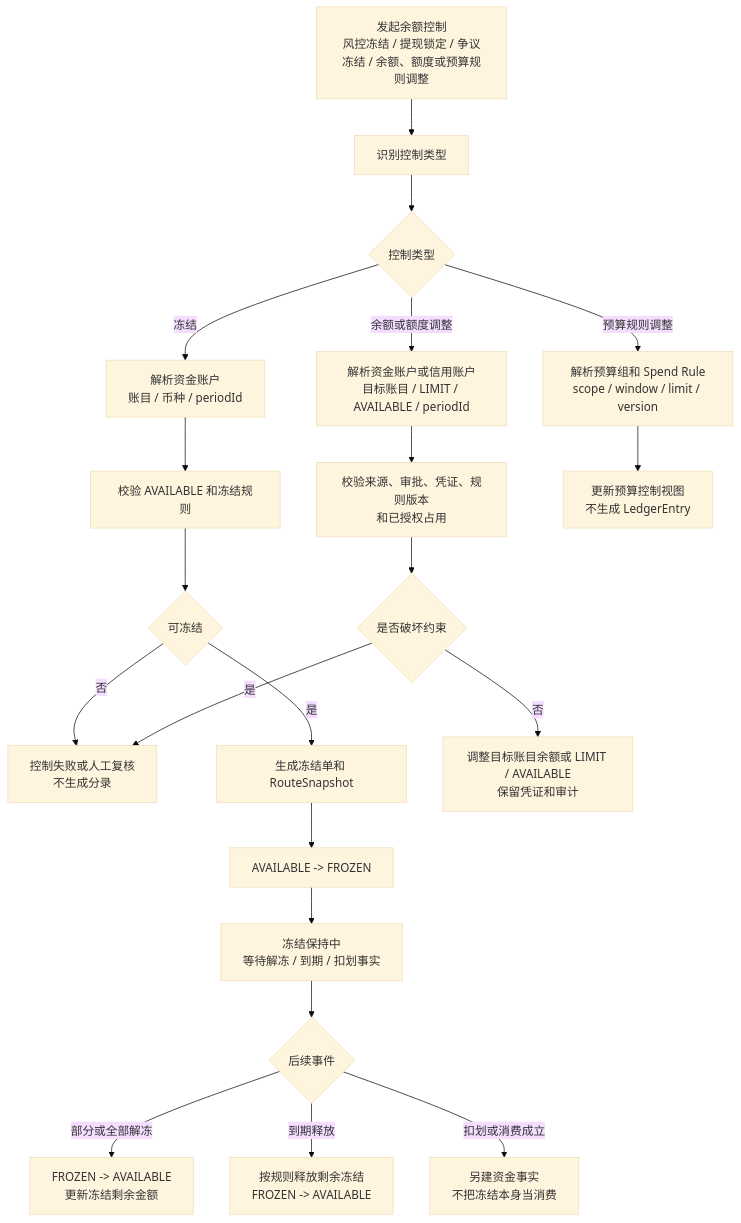
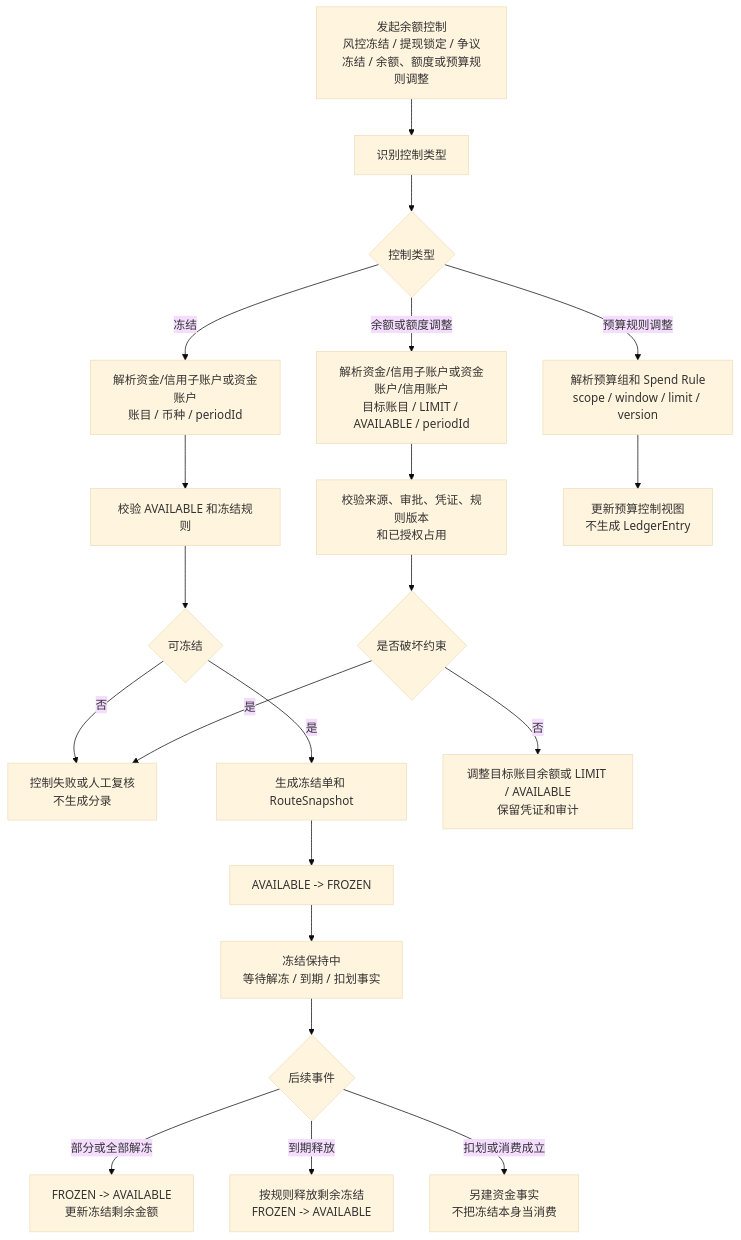
One commit to fengwuxp/wind-funds changed diagram 13 of 22 in docs/产品设计/02-交易路由钱包账目与投影.md. Above: the diagram before and after it, drawn with Mermaid (base theme). The commit also changed other lines of this file and 42 other files, not shown here.

````diff
--- a/docs/产品设计/02-交易路由钱包账目与投影.md
+++ b/docs/产品设计/02-交易路由钱包账目与投影.md
@@ -951,23 +1057,23 @@
 ```mermaid
 flowchart TD
     A["发起余额控制\n风控冻结 / 提现锁定 / 争议冻结 / 余额、额度或预算规则调整"] --> B["识别控制类型"]
     B --> C{"控制类型"}
-    C -- "冻结" --> D["解析资金账户\n账目 / 币种 / periodId"]
+    C -- "冻结" --> D["解析资金/信用子账户或资金账户\n账目 / 币种 / periodId"]
     D --> E["校验 AVAILABLE 和冻结规则"]
     E --> F{"可冻结"}
     F -- "否" --> G["控制失败或人工复核\n不生成分录"]
     F -- "是" --> H["生成冻结单和 RouteSnapshot"]
     H --> I["AVAILABLE -> FROZEN"]
     I --> J["冻结保持中\n等待解冻 / 到期 / 扣划事实"]
     J --> K{"后续事件"}
     K -- "部分或全部解冻" --> L["FROZEN -> AVAILABLE\n更新冻结剩余金额"]
     K -- "到期释放" --> M["按规则释放剩余冻结\nFROZEN -> AVAILABLE"]
     K -- "扣划或消费成立" --> N["另建资金事实\n不把冻结本身当消费"]
-    C -- "余额或额度调整" --> O["解析资金账户或信用账户\n目标账目 / LIMIT / AVAILABLE / periodId"]
+    C -- "余额或额度调整" --> O["解析资金/信用子账户或资金账户/信用账户\n目标账目 / LIMIT / AVAILABLE / periodId"]
     O --> P["校验来源、审批、凭证、规则版本\n和已授权占用"]
     P --> Q{"是否破坏约束"}
     Q -- "是" --> G
     Q -- "否" --> R["调整目标账目余额或 LIMIT / AVAILABLE\n保留凭证和审计"]
     C -- "预算规则调整" --> S["解析预算组和 Spend Rule\nscope / window / limit / version"]
     S --> T["更新预算控制视图\n不生成 LedgerEntry"]
 ```
````
